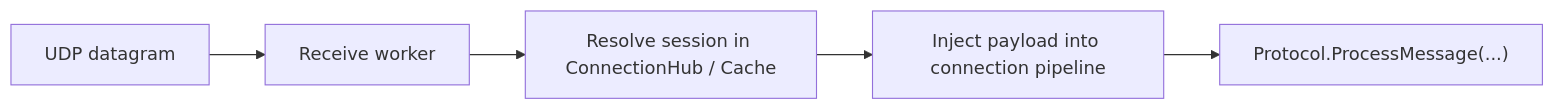
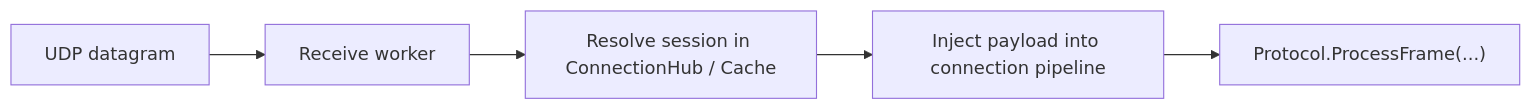
One commit to ppn-systems/Nalix changed the diagram in docs/api/network/udp-listener.md. Above: the diagram before and after it, drawn with Mermaid. The commit also changed 157 other files, not shown here.

````diff
--- a/docs/api/network/udp-listener.md
+++ b/docs/api/network/udp-listener.md
@@ -11,7 +11,7 @@
 ```mermaid
 flowchart LR
     A["UDP datagram"] --> B["Receive worker"]
     B --> C["Resolve session in ConnectionHub / Cache"]
     C --> D["Inject payload into connection pipeline"]
-    D --> E["Protocol.ProcessMessage(...)"]
+    D --> E["Protocol.ProcessFrame(...)"]
 ```
````
